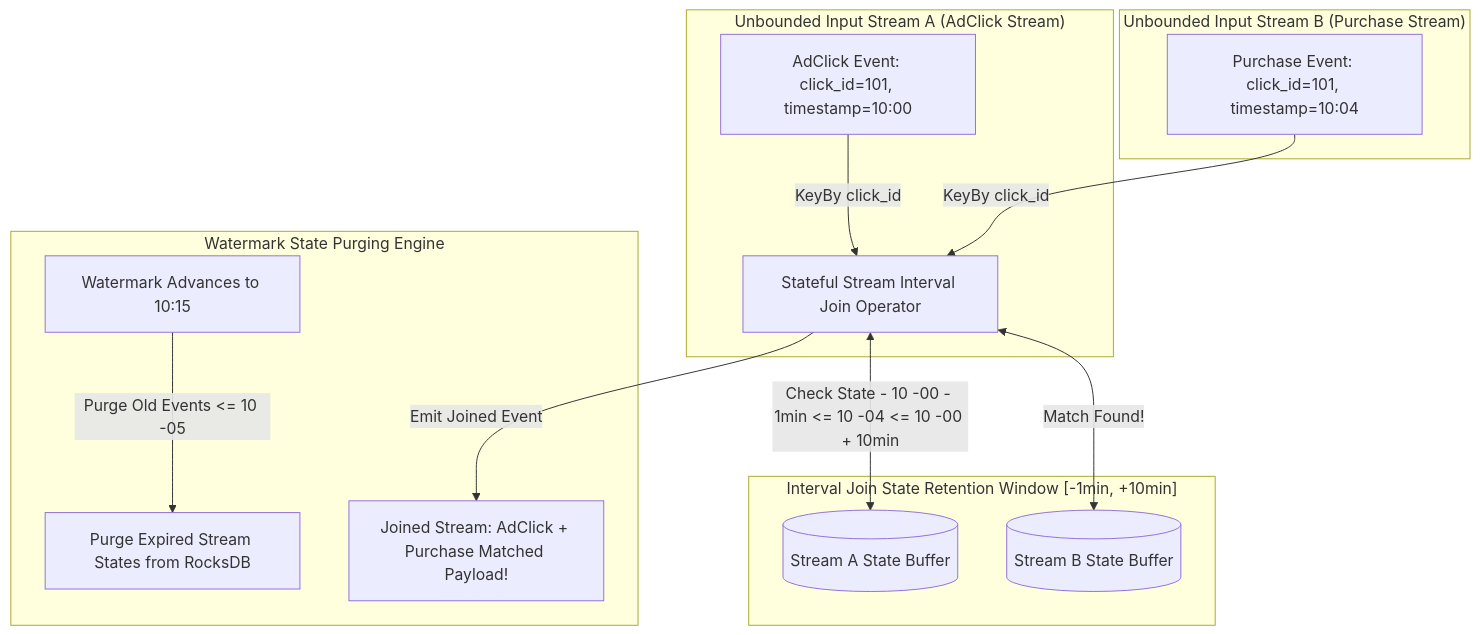
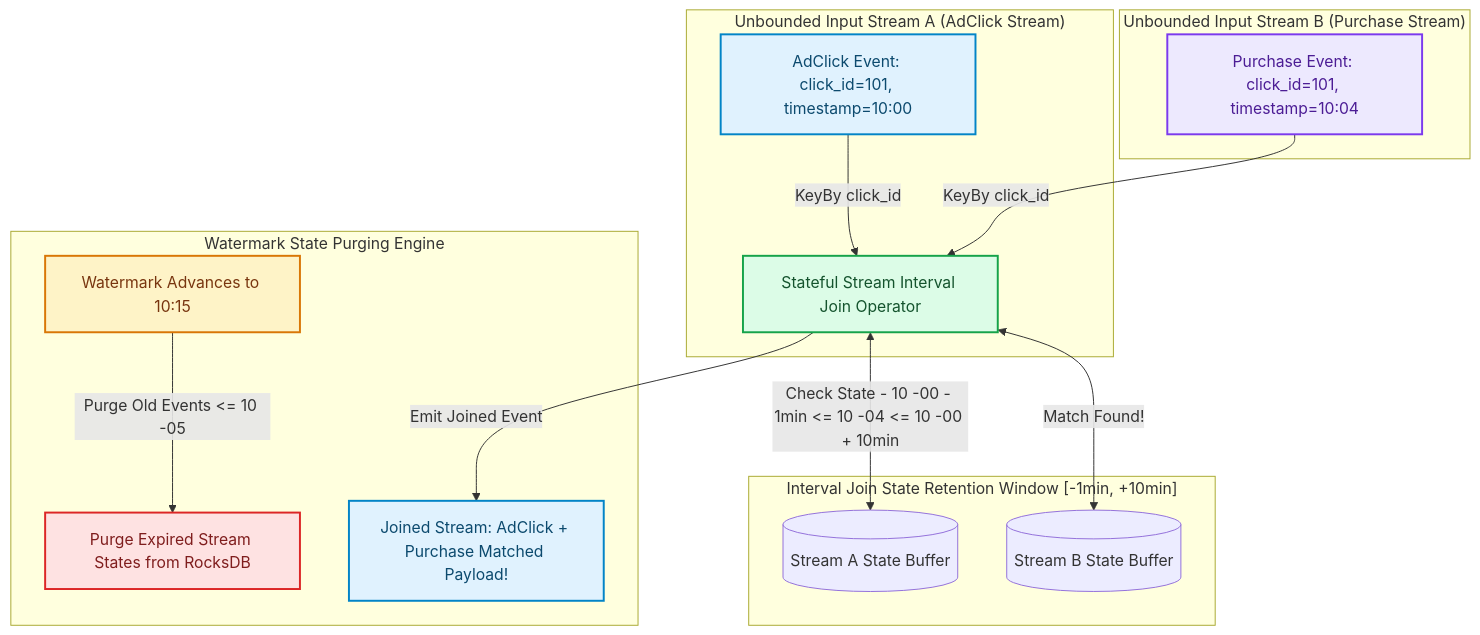
One commit to akmalkhaniub/akmalkhaniub.github.io changed the diagram in blog/posts/event-driven-stream-joins-interval-joins-watermarks.md. Above: the diagram before and after it, drawn with Mermaid. The commit also changed other lines of this file and 1291 other files, not shown here.

First line of the commit message:
feat(catalog): unique covers, scholarly references, and diagram palettes

````diff
--- a/blog/posts/event-driven-stream-joins-interval-joins-watermarks.md
+++ b/blog/posts/event-driven-stream-joins-interval-joins-watermarks.md
@@ -21,20 +21,31 @@
 ```mermaid
 flowchart TD
   subgraph SG1_UnboundedInputStream ["Unbounded Input Stream A (AdClick Stream)"]
-    ClickStream[AdClick Event: click_id=101, timestamp=10:00] -->|KeyBy click_id| JoinOp[Stateful Stream Interval Join Operator]
+    ClickStream["AdClick Event: click_id=101, timestamp=10:00"] -->|KeyBy click_id| JoinOp["Stateful Stream Interval Join Operator"]
   end
   
   subgraph SG2_UnboundedInputStream ["Unbounded Input Stream B (Purchase Stream)"]
-    PurchaseStream[Purchase Event: click_id=101, timestamp=10:04] -->|KeyBy click_id| JoinOp
+    PurchaseStream["Purchase Event: click_id=101, timestamp=10:04"] -->|KeyBy click_id| JoinOp
   end
   
   subgraph SG3_IntervalJoinState ["Interval Join State Retention Window [-1min, +10min]"]
     JoinOp <-->|Check State - 10 -00 - 1min <= 10 -04 <= 10 -00 + 10min| StateA[(Stream A State Buffer)]
     JoinOp <-->|Match Found!| StateB[(Stream B State Buffer)]
   end
   
   subgraph SG4_WatermarkStatePurging ["Watermark State Purging Engine"]
-    Watermark[Watermark Advances to 10:15] -->|Purge Old Events <= 10 -05| EvictState[ Purge Expired Stream States from RocksDB]
-    JoinOp -->|Emit Joined Event| Output[Joined Stream: AdClick + Purchase Matched Payload!]
+    Watermark["Watermark Advances to 10:15"] -->|Purge Old Events <= 10 -05| EvictState[" Purge Expired Stream States from RocksDB"]
+    JoinOp -->|Emit Joined Event| Output["Joined Stream: AdClick + Purchase Matched Payload!"]
   end
+
+classDef green fill:#dcfce7,stroke:#16a34a,stroke-width:2px,color:#14532d;
+classDef red fill:#fee2e2,stroke:#dc2626,stroke-width:2px,color:#7f1d1d;
+classDef blue fill:#e0f2fe,stroke:#0284c7,stroke-width:2px,color:#0c4a6e;
+classDef yellow fill:#fef3c7,stroke:#d97706,stroke-width:2px,color:#78350f;
+classDef purple fill:#ede9fe,stroke:#7c3aed,stroke-width:2px,color:#4c1d95;
+class ClickStream,Output blue
+class JoinOp green
+class PurchaseStream purple
+class Watermark yellow
+class EvictState red
 ```
````
